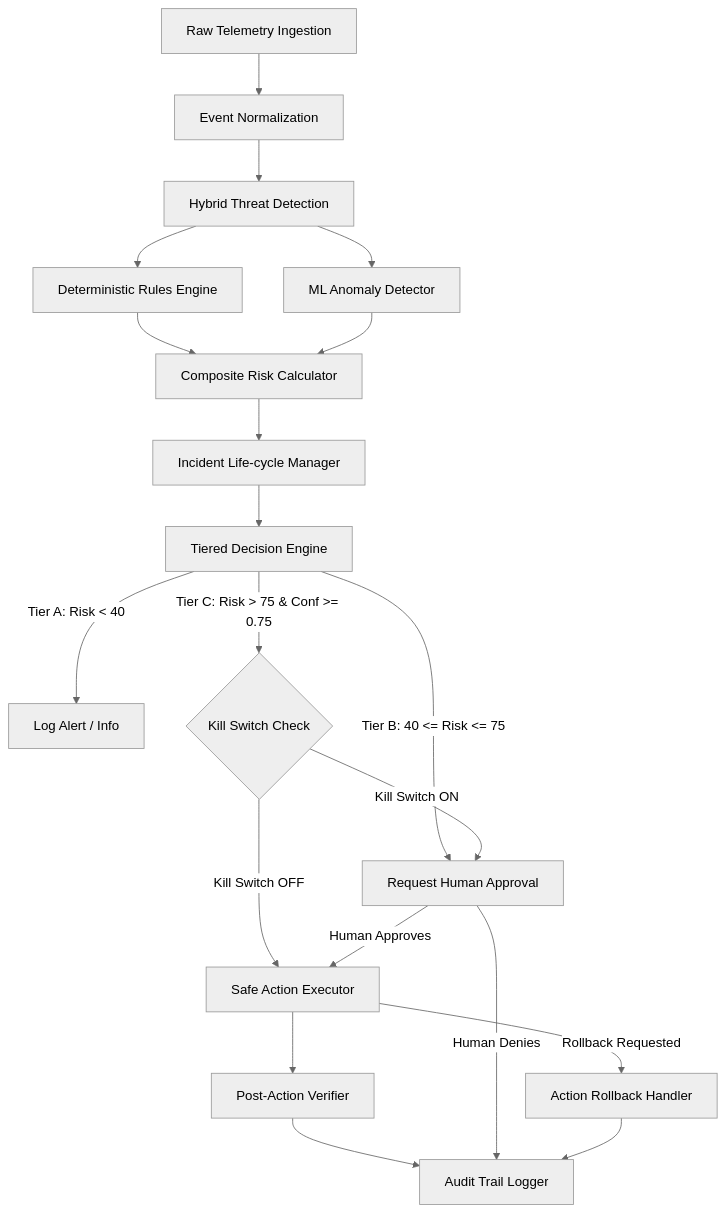
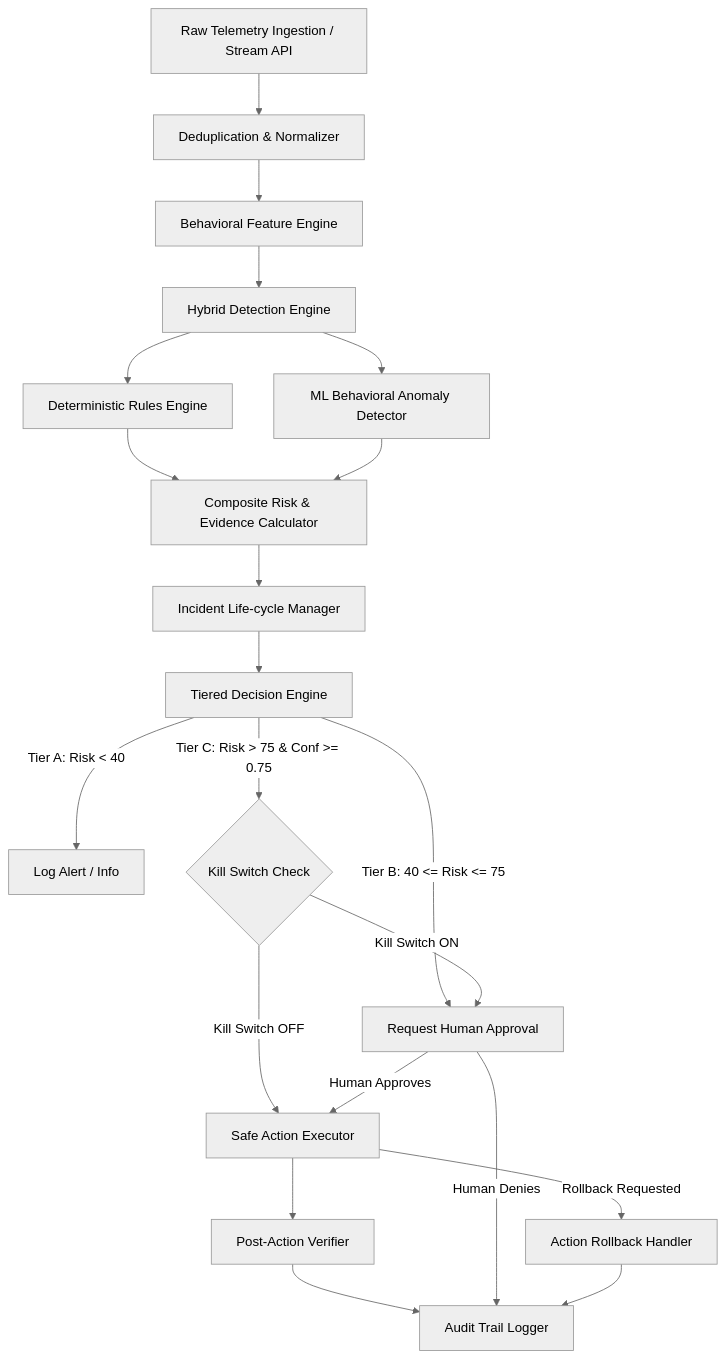
The diagram in docs/ARCHITECTURE.md (nakshatrameena6-cell/Cyber-threat-detection), drawn with Mermaid (neutral theme) before and after one commit. The commit also changed other lines of this file and 4 other files, not shown here.

Commit message:
docs: add architecture, product requirements, system specifications, and threat model documentation

````diff
--- a/docs/ARCHITECTURE.md
+++ b/docs/ARCHITECTURE.md
@@ -5,22 +5,23 @@
 ```mermaid
 graph TD
-    A[Raw Telemetry Ingestion] --> B[Event Normalization]
-    B --> C[Hybrid Threat Detection]
-    C --> C1[Deterministic Rules Engine]
-    C --> C2[ML Anomaly Detector]
-    C1 --> D[Composite Risk Calculator]
-    C2 --> D
-    D --> E[Incident Life-cycle Manager]
-    E --> F[Tiered Decision Engine]
-    F -->|Tier A: Risk < 40| G[Log Alert / Info]
-    F -->|Tier B: 40 <= Risk <= 75| H[Request Human Approval]
-    F -->|Tier C: Risk > 75 & Conf >= 0.75| I{Kill Switch Check}
-    I -->|Kill Switch OFF| J[Safe Action Executor]
-    I -->|Kill Switch ON| H
-    J --> K[Post-Action Verifier]
-    K --> L[Audit Trail Logger]
-    H -->|Human Approves| J
-    H -->|Human Denies| L
-    J -->|Rollback Requested| M[Action Rollback Handler]
-    M --> L
+    A[Raw Telemetry Ingestion / Stream API] --> B[Deduplication & Normalizer]
+    B --> C[Behavioral Feature Engine]
+    C --> D[Hybrid Detection Engine]
+    D --> D1[Deterministic Rules Engine]
+    D --> D2[ML Behavioral Anomaly Detector]
+    D1 --> E[Composite Risk & Evidence Calculator]
+    D2 --> E
+    E --> F[Incident Life-cycle Manager]
+    F --> G[Tiered Decision Engine]
+    G -->|Tier A: Risk < 40| H[Log Alert / Info]
+    G -->|Tier B: 40 <= Risk <= 75| I[Request Human Approval]
+    G -->|Tier C: Risk > 75 & Conf >= 0.75| J{Kill Switch Check}
+    J -->|Kill Switch OFF| K[Safe Action Executor]
+    J -->|Kill Switch ON| I
+    K --> L[Post-Action Verifier]
+    L --> M[Audit Trail Logger]
+    I -->|Human Approves| K
+    I -->|Human Denies| M
+    K -->|Rollback Requested| N[Action Rollback Handler]
+    N --> M
 ```
````
